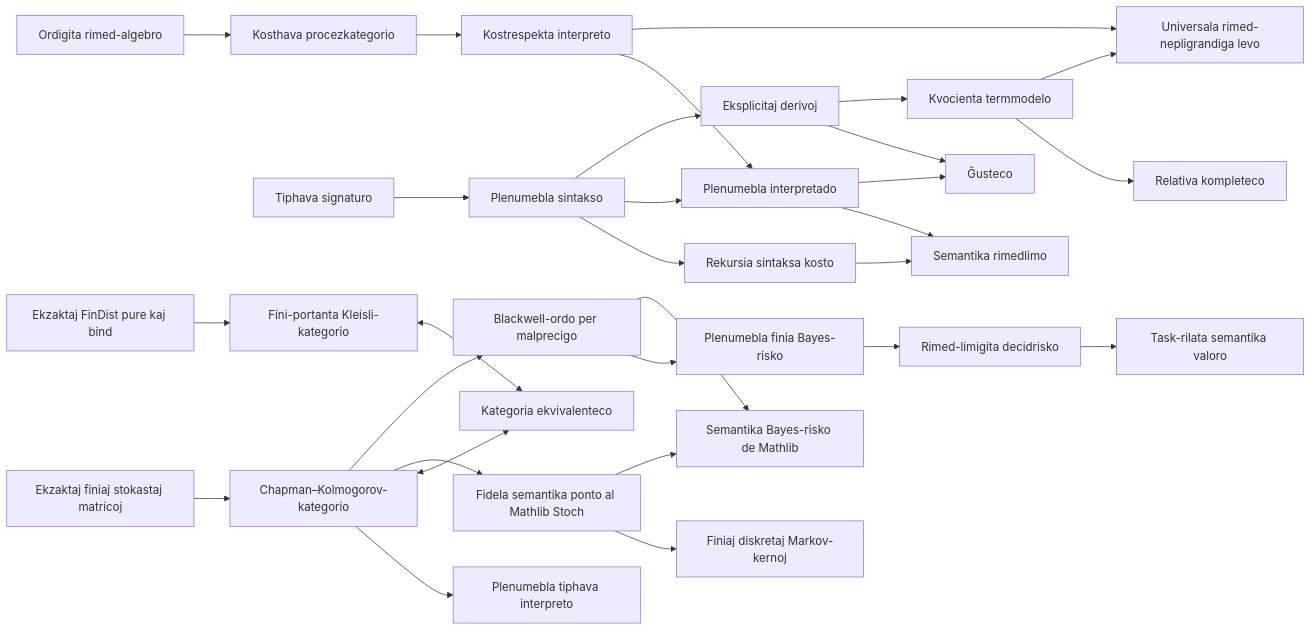
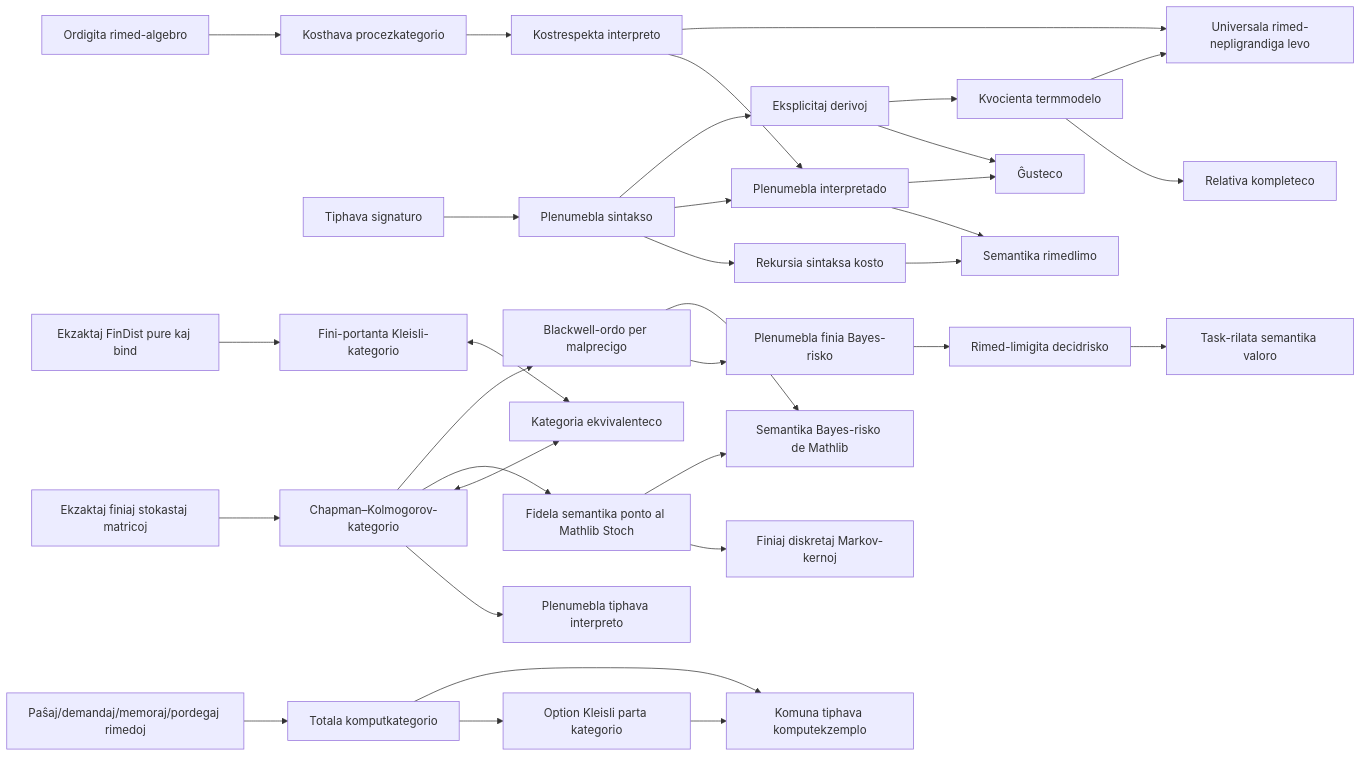
The diagram in docs/README.eo.md (miuchan/ript), drawn with Mermaid before and after one commit. The commit also changed other lines of this file and 13 other files, not shown here.

````diff
--- a/docs/README.eo.md
+++ b/docs/README.eo.md
@@ -360,31 +392,35 @@
 ```mermaid
 flowchart LR
   R["Ordigita rimed-algebro"] --> C["Kosthava procezkategorio"]
   S["Tiphava signaturo"] --> X["Plenumebla sintakso"]
   X --> K["Rekursia sintaksa kosto"]
   C --> I["Kostrespekta interpreto"]
   X --> E["Plenumebla interpretado"]
   I --> E
   K --> B["Semantika rimedlimo"]
   E --> B
   X --> D["Eksplicitaj derivoj"]
   D --> SO["Ĝusteco"]
   E --> SO
   D --> T["Kvocienta termmodelo"]
   T --> CO["Relativa kompleteco"]
   I --> U["Universala rimed-nepligrandiga levo"]
   T --> U
   F["Ekzaktaj finiaj stokastaj matricoj"] --> CK["Chapman–Kolmogorov-kategorio"]
   CK --> EX["Plenumebla tiphava interpreto"]
   FD["Ekzaktaj FinDist pure kaj bind"] --> KL["Fini-portanta Kleisli-kategorio"]
   CK <--> EQ["Kategoria ekvivalenteco"]
   KL <--> EQ
   CK --> ST["Fidela semantika ponto al Mathlib Stoch"]
   ST --> MT["Finiaj diskretaj Markov-kernoj"]
   CK --> BW["Blackwell-ordo per malprecigo"]
   ST --> SB["Semantika Bayes-risko de Mathlib"]
   BW --> FR["Plenumebla finia Bayes-risko"]
   FR --> RR["Rimed-limigita decidrisko"]
   RR --> SV["Task-rilata semantika valoro"]
   BW --> SB
+  CR["Paŝaj/demandaj/memoraj/pordegaj rimedoj"] --> TC["Totala komputkategorio"]
+  TC --> PC["Option Kleisli parta kategorio"]
+  TC --> CE["Komuna tiphava komputekzemplo"]
+  PC --> CE
 ```
````
